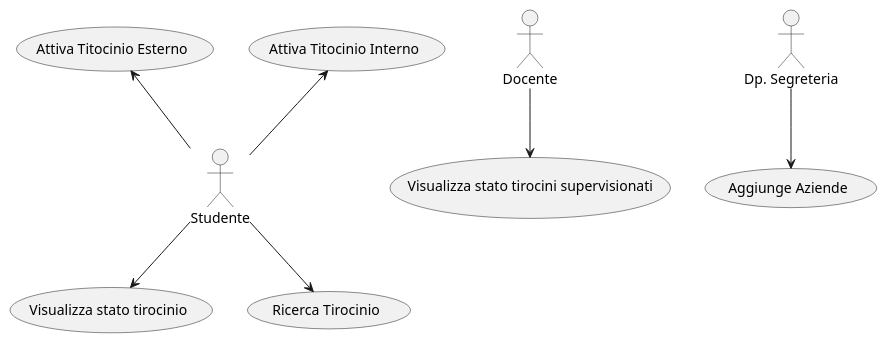
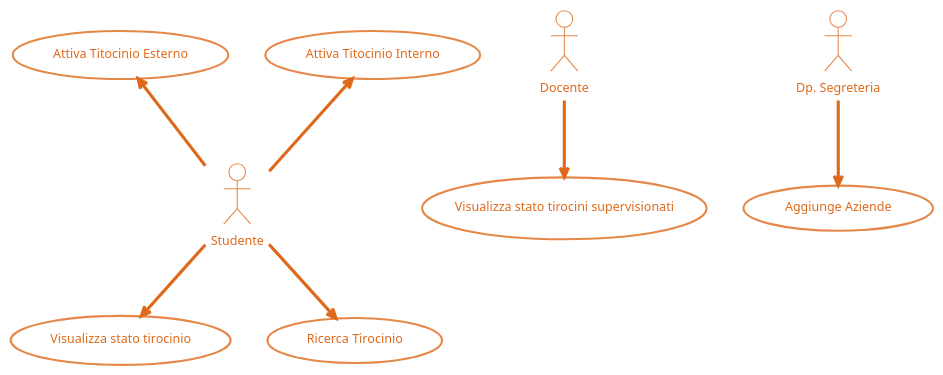
Before and after one commit to Codex-Computatrum/InformaticaObsidian: the diagram in INGSW/MOD-A/Lezioni/2023-10-02.md, drawn with PlantUML.

````diff
--- a/INGSW/MOD-A/Lezioni/2023-10-02.md
+++ b/INGSW/MOD-A/Lezioni/2023-10-02.md
@@ -43,23 +43,24 @@
 ```plantuml
+!theme superhero-outline
 :Studente: as Stu
 
 Stu -up-> (Attiva Titocinio Interno)
 
 Stu -up-> (Attiva Titocinio Esterno)
 
 Stu -down-> (Visualizza stato tirocinio)
 
 Stu -down-> (Ricerca Tirocinio)
 
   
 
 :Docente: as Do
 
 Do -down-> (Visualizza stato tirocini supervisionati)
 
   
 
 :Dp. Segreteria: as Dp
 
 Dp -down-> (Aggiunge Aziende)
 ```
````
